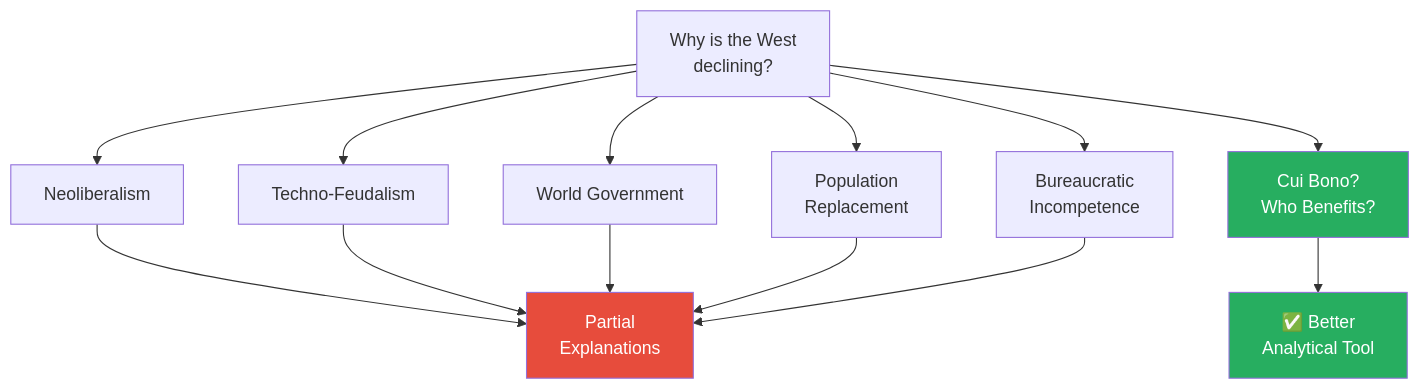
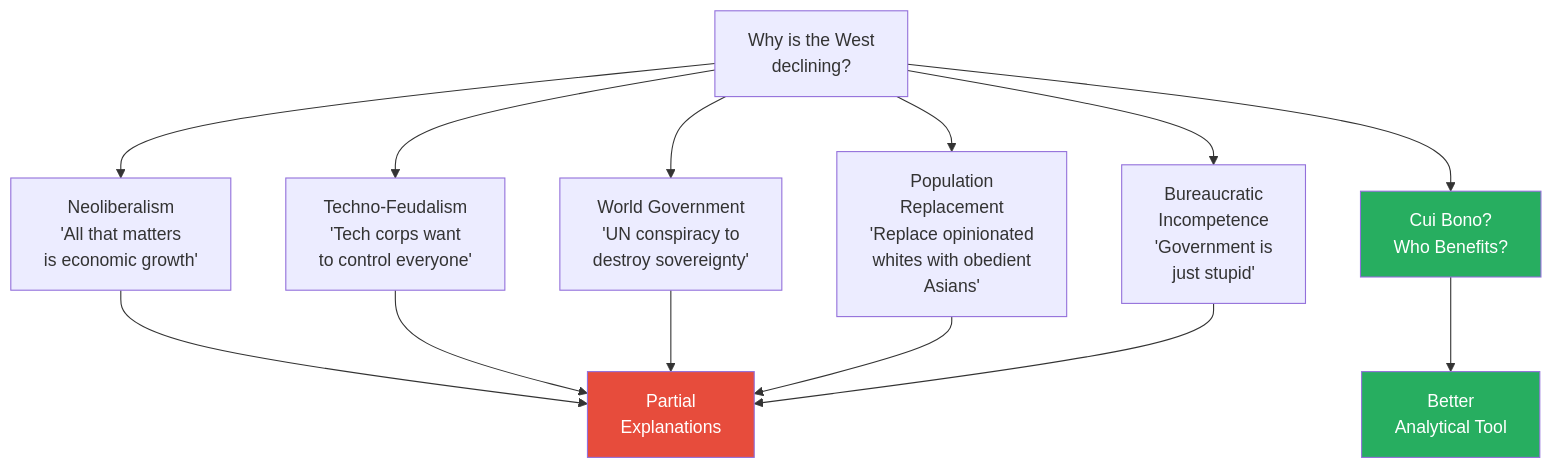
Before and after one commit to alius33/reader: the seventh of 12 diagrams in summaries/Lectures/Secret History/03 - Death by Gerontocracy.md, drawn with Mermaid. The commit also changed other lines of this file and 26 other files, not shown here.

````diff
--- a/summaries/Lectures/Secret History/03 - Death by Gerontocracy.md
+++ b/summaries/Lectures/Secret History/03 - Death by Gerontocracy.md
@@ -287,19 +379,19 @@
 ```mermaid
 flowchart TB
     Q["Why is the West<br/>declining?"]
-    Q --> T1["Neoliberalism"]
-    Q --> T2["Techno-Feudalism"]
-    Q --> T3["World Government"]
-    Q --> T4["Population<br/>Replacement"]
-    Q --> T5["Bureaucratic<br/>Incompetence"]
+    Q --> T1["Neoliberalism<br/>'All that matters<br/>is economic growth'"]
+    Q --> T2["Techno-Feudalism<br/>'Tech corps want<br/>to control everyone'"]
+    Q --> T3["World Government<br/>'UN conspiracy to<br/>destroy sovereignty'"]
+    Q --> T4["Population<br/>Replacement<br/>'Replace opinionated<br/>whites with obedient<br/>Asians'"]
+    Q --> T5["Bureaucratic<br/>Incompetence<br/>'Government is<br/>just stupid'"]
     Q --> T6["Cui Bono?<br/>Who Benefits?"]
     T1 --> P["Partial<br/>Explanations"]
     T2 --> P
     T3 --> P
     T4 --> P
     T5 --> P
-    T6 --> V["✅ Better<br/>Analytical Tool"]
+    T6 --> V["Better<br/>Analytical Tool"]
     style T6 fill:#27ae60,color:#fff
     style V fill:#27ae60,color:#fff
     style P fill:#e74c3c,color:#fff
 ```
````
